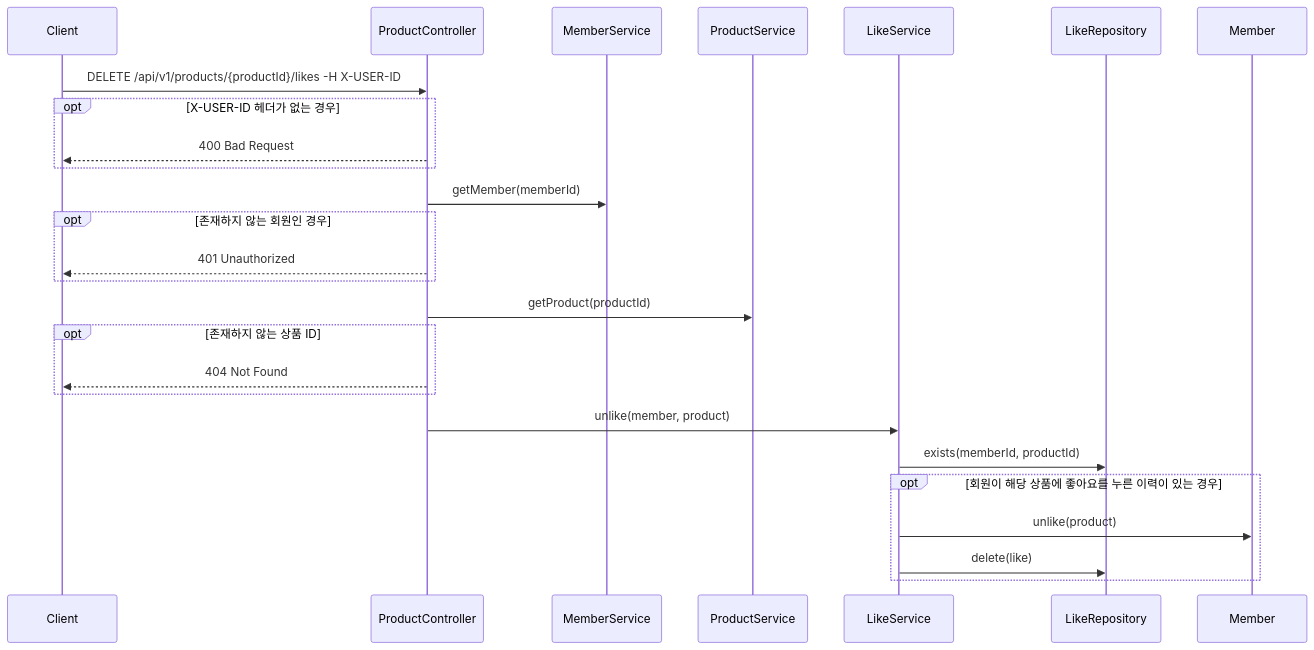
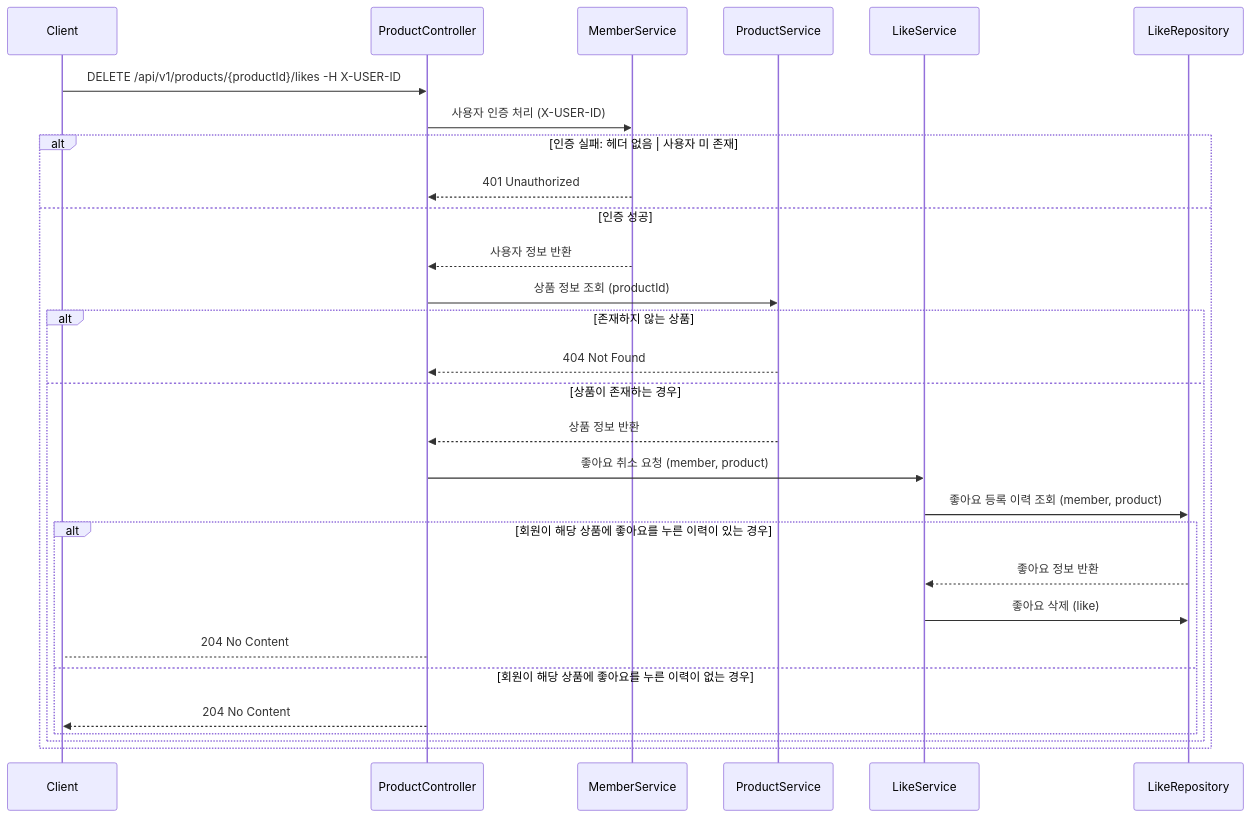
One commit to dhgu-dev/e-commerce changed the fifth of 9 diagrams in docs/design/02-sequence-diagrams.md. Above: the diagram before and after it, drawn with Mermaid. The commit also changed other lines of this file and 3 other files, not shown here.

First line of the commit message:
docs: 시퀀스 및 클래스 다이어그램 개선 (#11)

````diff
--- a/docs/design/02-sequence-diagrams.md
+++ b/docs/design/02-sequence-diagrams.md
@@ -131,29 +128,32 @@
 ```mermaid
 sequenceDiagram
-    participant Client
-    participant ProductController
-    participant MemberService
-    participant ProductService
-    participant LikeService
-    participant LikeRepository
-    participant Member
+    participant C as Client
+    participant PC as ProductController
+    participant MS as MemberService
+    participant PS as ProductService
+    participant LS as LikeService
+    participant LR as LikeRepository
 
-    Client->>ProductController: DELETE /api/v1/products/{productId}/likes -H X-USER-ID
-    opt X-USER-ID 헤더가 없는 경우
-        ProductController-->>Client: 400 Bad Request
-    end
-    ProductController->>MemberService: getMember(memberId)
-    opt 존재하지 않는 회원인 경우 
-        ProductController-->>Client: 401 Unauthorized
-    end
-    ProductController->>ProductService: getProduct(productId)
-    opt 존재하지 않는 상품 ID
-        ProductController-->>Client: 404 Not Found
-    end
-    ProductController->>LikeService: unlike(member, product)
-    LikeService->>LikeRepository: exists(memberId, productId)
-    opt 회원이 해당 상품에 좋아요를 누른 이력이 있는 경우 
-        LikeService->>Member: unlike(product)
-        LikeService->>LikeRepository: delete(like)
+    C->>PC: DELETE /api/v1/products/{productId}/likes -H X-USER-ID
+    PC->>MS: 사용자 인증 처리 (X-USER-ID)
+    alt 인증 실패: 헤더 없음 | 사용자 미 존재
+        MS-->>PC: 401 Unauthorized
+    else 인증 성공
+        MS-->>PC: 사용자 정보 반환
+        PC->>PS: 상품 정보 조회 (productId)
+        alt 존재하지 않는 상품
+            PS-->>PC: 404 Not Found
+        else 상품이 존재하는 경우
+            PS-->>PC: 상품 정보 반환
+            PC->>LS: 좋아요 취소 요청 (member, product)
+            LS->>LR: 좋아요 등록 이력 조회 (member, product)
+            alt 회원이 해당 상품에 좋아요를 누른 이력이 있는 경우
+                LR-->>LS: 좋아요 정보 반환
+                LS->>LR: 좋아요 삭제 (like)
+                PC-->C: 204 No Content
+            else 회원이 해당 상품에 좋아요를 누른 이력이 없는 경우
+                PC-->>C: 204 No Content
+            end
+        end
     end
 ```
````
